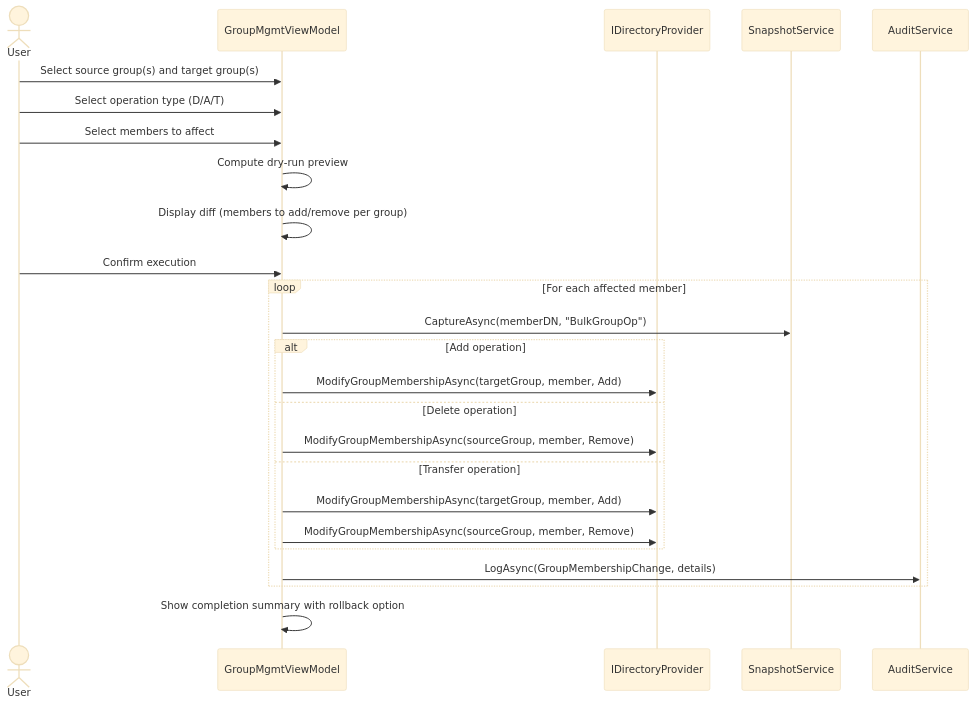
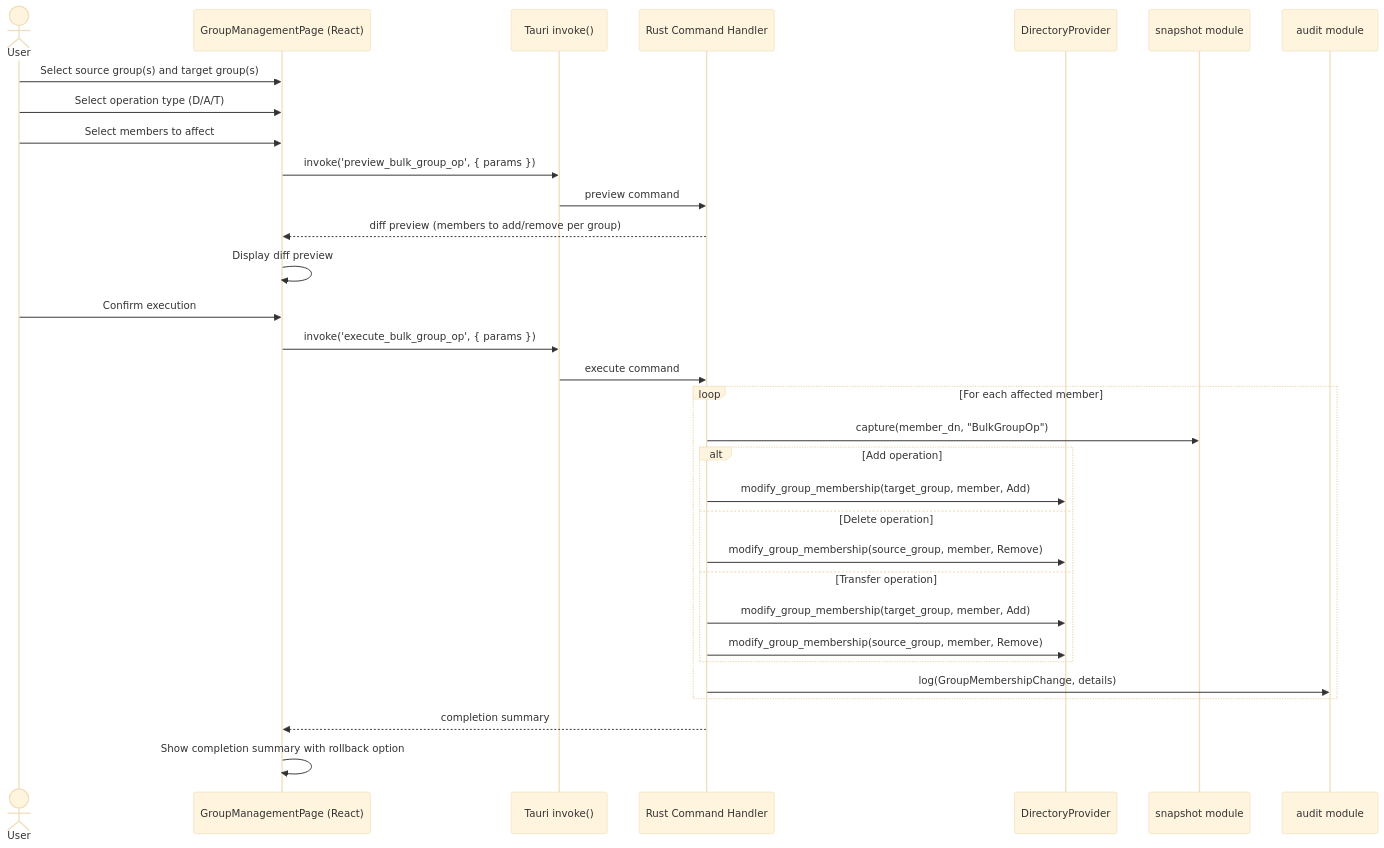
Before and after one commit to Rwx-G/DSPanel: the fourth of 4 diagrams in docs/architecture/core-workflows.md, drawn with Mermaid (base theme). The commit also changed other lines of this file and 320 other files, not shown here.

First line of the commit message:
chore: migrate project from C#/WPF/.NET to Rust/Tauri v2 + React/TypeScript

````diff
--- a/docs/architecture/core-workflows.md
+++ b/docs/architecture/core-workflows.md
@@ -106,30 +128,37 @@
 ```mermaid
 sequenceDiagram
     actor User
-    participant VM as GroupMgmtViewModel
-    participant Dir as IDirectoryProvider
-    participant Snap as SnapshotService
-    participant Audit as AuditService
+    participant UI as GroupManagementPage (React)
+    participant IPC as Tauri invoke()
+    participant Cmd as Rust Command Handler
+    participant Dir as DirectoryProvider
+    participant Snap as snapshot module
+    participant Audit as audit module
 
-    User->>VM: Select source group(s) and target group(s)
-    User->>VM: Select operation type (D/A/T)
-    User->>VM: Select members to affect
+    User->>UI: Select source group(s) and target group(s)
+    User->>UI: Select operation type (D/A/T)
+    User->>UI: Select members to affect
 
-    VM->>VM: Compute dry-run preview
-    VM->>VM: Display diff (members to add/remove per group)
+    UI->>IPC: invoke('preview_bulk_group_op', { params })
+    IPC->>Cmd: preview command
+    Cmd-->>UI: diff preview (members to add/remove per group)
+    UI->>UI: Display diff preview
 
-    User->>VM: Confirm execution
+    User->>UI: Confirm execution
+    UI->>IPC: invoke('execute_bulk_group_op', { params })
+    IPC->>Cmd: execute command
     loop For each affected member
-        VM->>Snap: CaptureAsync(memberDN, "BulkGroupOp")
+        Cmd->>Snap: capture(member_dn, "BulkGroupOp")
         alt Add operation
-            VM->>Dir: ModifyGroupMembershipAsync(targetGroup, member, Add)
+            Cmd->>Dir: modify_group_membership(target_group, member, Add)
         else Delete operation
-            VM->>Dir: ModifyGroupMembershipAsync(sourceGroup, member, Remove)
+            Cmd->>Dir: modify_group_membership(source_group, member, Remove)
         else Transfer operation
-            VM->>Dir: ModifyGroupMembershipAsync(targetGroup, member, Add)
-            VM->>Dir: ModifyGroupMembershipAsync(sourceGroup, member, Remove)
+            Cmd->>Dir: modify_group_membership(target_group, member, Add)
+            Cmd->>Dir: modify_group_membership(source_group, member, Remove)
         end
-        VM->>Audit: LogAsync(GroupMembershipChange, details)
+        Cmd->>Audit: log(GroupMembershipChange, details)
     end
-    VM->>VM: Show completion summary with rollback option
+    Cmd-->>UI: completion summary
+    UI->>UI: Show completion summary with rollback option
 ```
````
